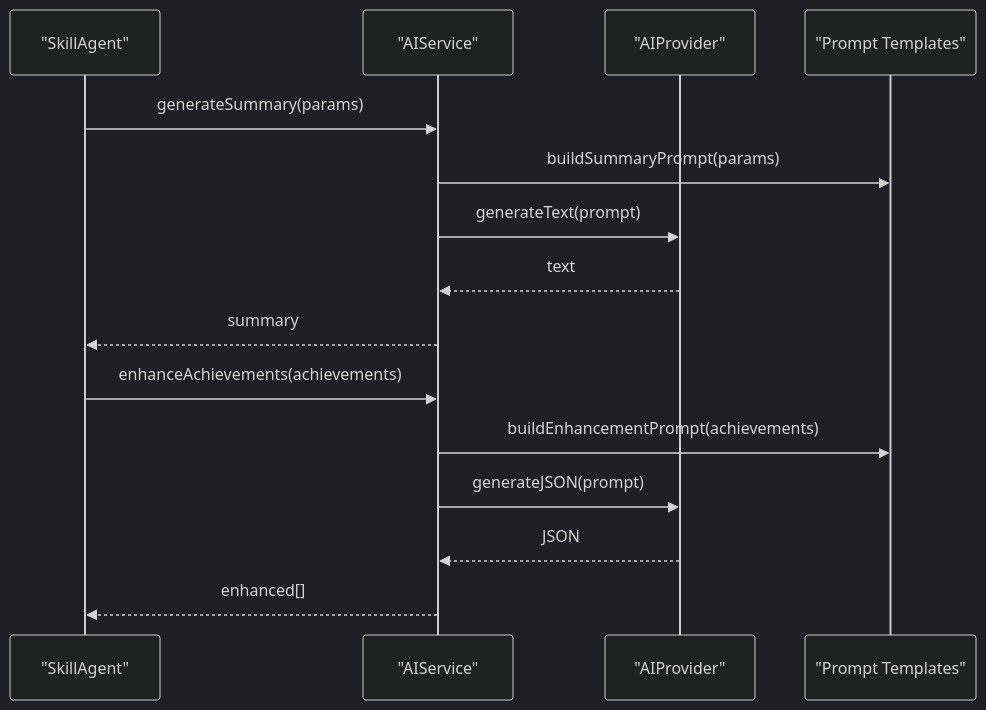
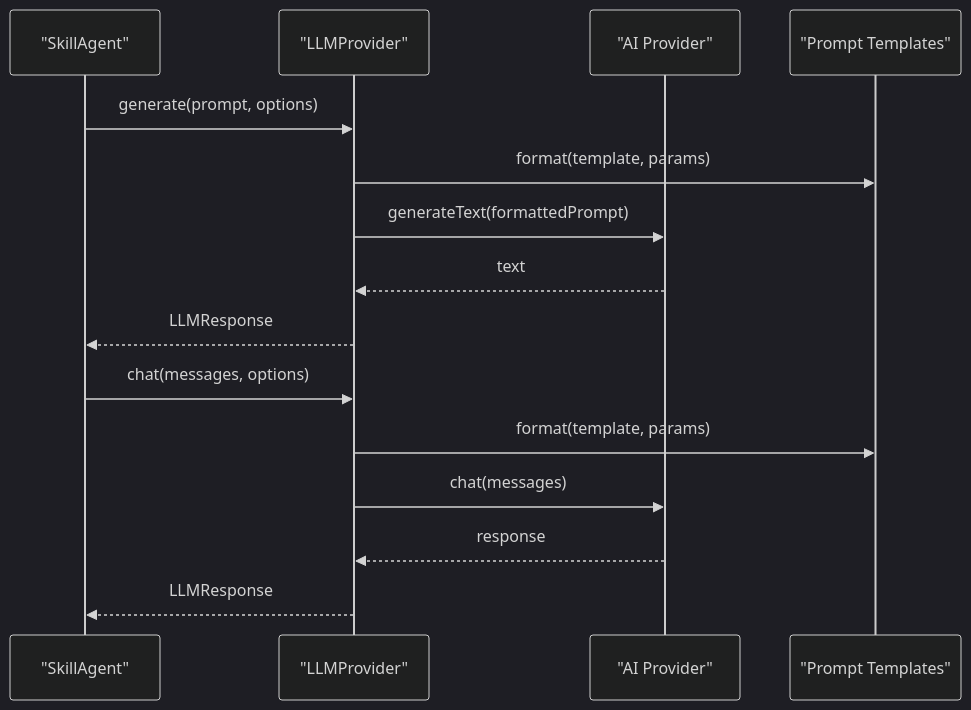
Before and after one commit to DoVuDung/cv-portfolio-builder: the seventh of 9 diagrams in .qoder/repowiki/en/content/AI Agent System.md, drawn with Mermaid (dark theme). The commit also changed other lines of this file and 26 other files, not shown here.

First line of the commit message:
docs(agent): update AI Agent System with MCP tool architecture and CV Builder integration

````diff
--- a/.qoder/repowiki/en/content/AI Agent System.md
+++ b/.qoder/repowiki/en/content/AI Agent System.md
@@ -359,17 +372,17 @@
 ```mermaid
 sequenceDiagram
 participant Agent as "SkillAgent"
-participant AIS as "AIService"
-participant Prov as "AIProvider"
+participant LLM as "LLMProvider"
+participant Provider as "AI Provider"
 participant Prompt as "Prompt Templates"
-Agent->>AIS : generateSummary(params)
-AIS->>Prompt : buildSummaryPrompt(params)
-AIS->>Prov : generateText(prompt)
-Prov-->>AIS : text
-AIS-->>Agent : summary
-Agent->>AIS : enhanceAchievements(achievements)
-AIS->>Prompt : buildEnhancementPrompt(achievements)
-AIS->>Prov : generateJSON(prompt)
-Prov-->>AIS : JSON
-AIS-->>Agent : enhanced[]
+Agent->>LLM : generate(prompt, options)
+LLM->>Prompt : format(template, params)
+LLM->>Provider : generateText(formattedPrompt)
+Provider-->>LLM : text
+LLM-->>Agent : LLMResponse
+Agent->>LLM : chat(messages, options)
+LLM->>Prompt : format(template, params)
+LLM->>Provider : chat(messages)
+Provider-->>LLM : response
+LLM-->>Agent : LLMResponse
 ```
````
